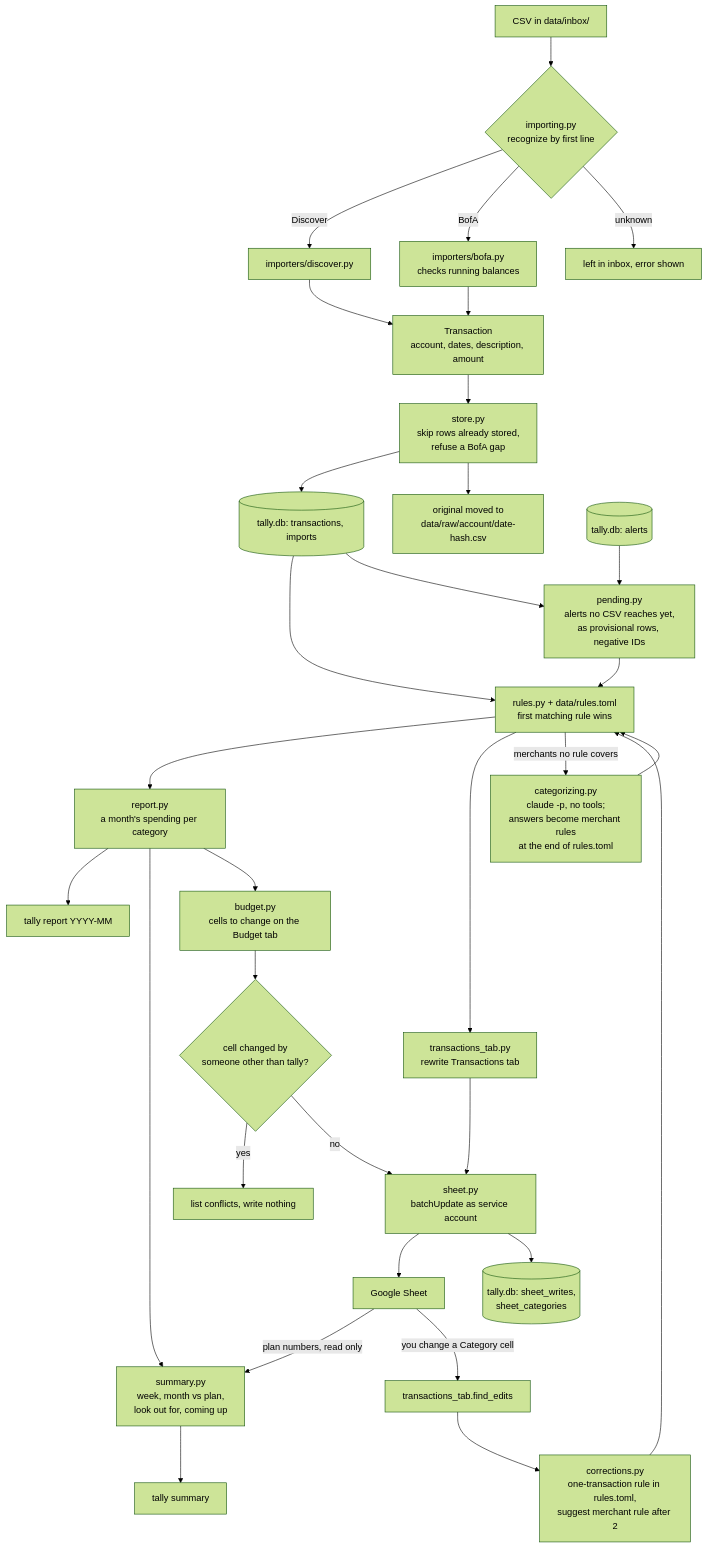
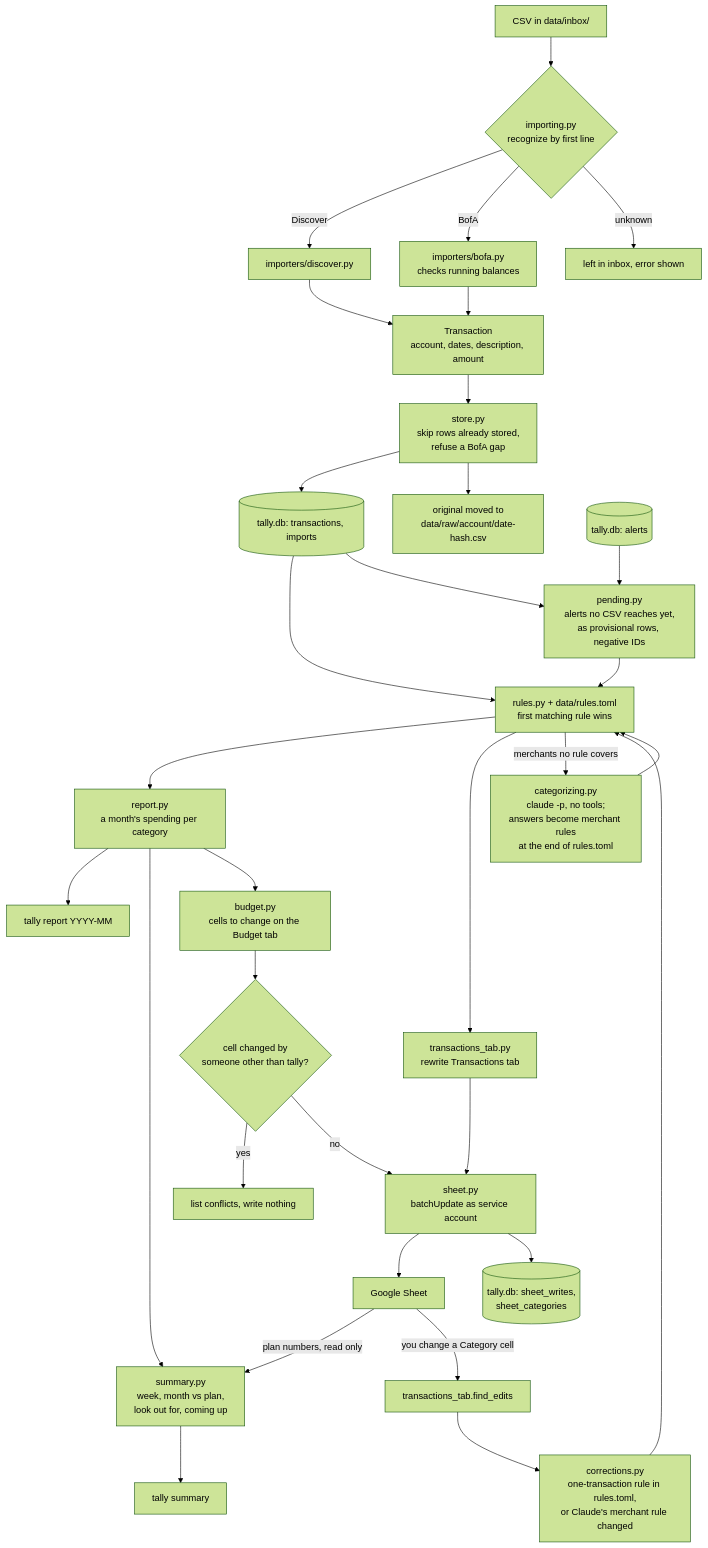
One commit to vmenon04/tally changed the third of 6 diagrams in docs/architecture.md. Above: the diagram before and after it, drawn with Mermaid (forest theme). The commit also changed other lines of this file and 12 other files, not shown here.

````diff
--- a/docs/architecture.md
+++ b/docs/architecture.md
@@ -117,37 +117,37 @@
 ```mermaid
 flowchart TD
     csv["CSV in data/inbox/"] --> recognize{"importing.py<br/>recognize by first line"}
     recognize -- "Discover" --> dparse["importers/discover.py"]
     recognize -- "BofA" --> bparse["importers/bofa.py<br/>checks running balances"]
     recognize -- "unknown" --> stay["left in inbox, error shown"]
     dparse --> txn["Transaction<br/>account, dates, description, amount"]
     bparse --> txn
     txn --> save["store.py<br/>skip rows already stored,<br/>refuse a BofA gap"]
     save --> db[("tally.db: transactions, imports")]
     save --> archive["original moved to<br/>data/raw/account/date-hash.csv"]
 
     db --> categorize["rules.py + data/rules.toml<br/>first matching rule wins"]
     alerts_db[("tally.db: alerts")] --> waiting["pending.py<br/>alerts no CSV reaches yet,<br/>as provisional rows, negative IDs"]
     db --> waiting
     waiting --> categorize
     categorize --> rep["report.py<br/>a month's spending per category"]
     rep --> cli_report["tally report YYYY-MM"]
     rep --> weekly["summary.py<br/>week, month vs plan,<br/>look out for, coming up"]
     gsheet -- "plan numbers, read only" --> weekly
     weekly --> cli_summary["tally summary"]
 
     rep --> plan["budget.py<br/>cells to change on the Budget tab"]
     plan --> conflicts{"cell changed by<br/>someone other than tally?"}
     conflicts -- "yes" --> stop["list conflicts, write nothing"]
     conflicts -- "no" --> write["sheet.py<br/>batchUpdate as service account"]
     categorize --> tab["transactions_tab.py<br/>rewrite Transactions tab"]
     tab --> write
     write --> gsheet["Google Sheet"]
     write --> record[("tally.db: sheet_writes,<br/>sheet_categories")]
 
     gsheet -- "you change a Category cell" --> edits["transactions_tab.find_edits"]
-    edits --> corr["corrections.py<br/>one-transaction rule in rules.toml,<br/>suggest merchant rule after 2"]
+    edits --> corr["corrections.py<br/>one-transaction rule in rules.toml,<br/>or Claude's merchant rule changed"]
     corr --> categorize
     categorize -- "merchants no rule covers" --> claude["categorizing.py<br/>claude -p, no tools;<br/>answers become merchant rules<br/>at the end of rules.toml"]
     claude --> categorize
 ```
````
